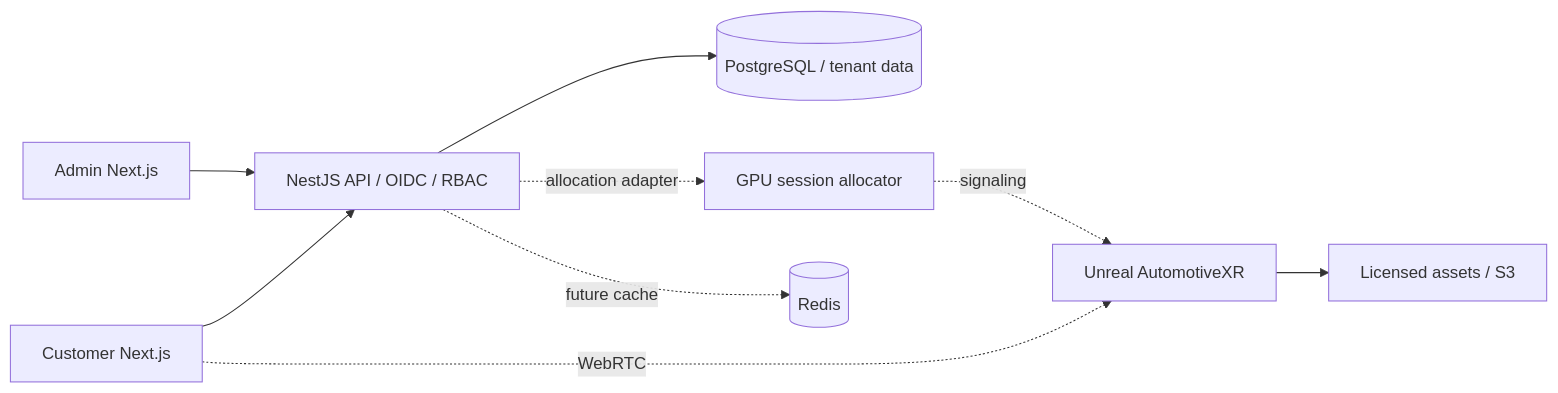
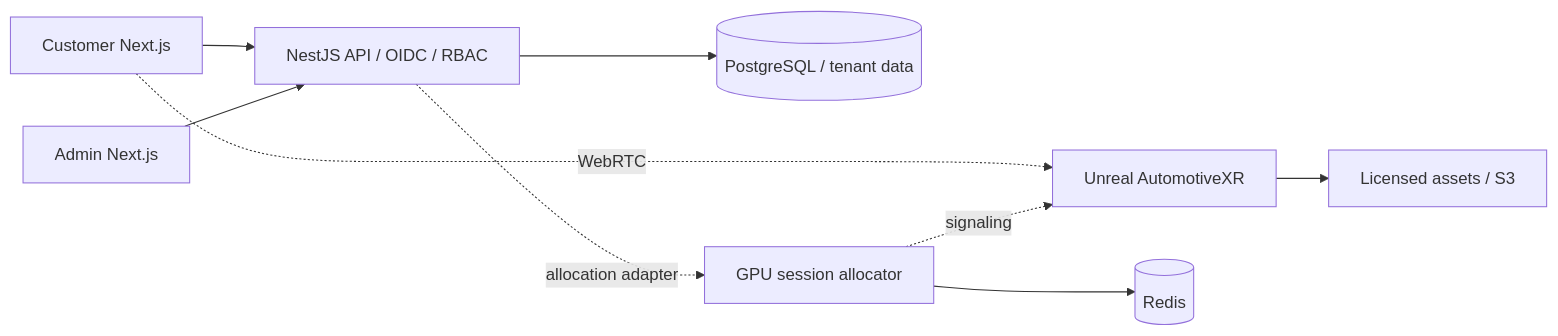
One commit to ARNAB2203/Automotive-XR changed the diagram in docs/architecture.md. Above: the diagram before and after it, drawn with Mermaid. The commit also changed other lines of this file and 17 other files, not shown here.

````diff
--- a/docs/architecture.md
+++ b/docs/architecture.md
@@ -7,11 +7,11 @@
 ```mermaid
 flowchart LR
  Customer[Customer Next.js] --> API[NestJS API / OIDC / RBAC]
  Admin[Admin Next.js] --> API
  API --> DB[(PostgreSQL / tenant data)]
  API -. allocation adapter .-> Allocator[GPU session allocator]
  Customer -. WebRTC .-> UE[Unreal AutomotiveXR]
  Allocator -. signaling .-> UE
- API -. future cache .-> Redis[(Redis)]
+ Allocator --> Redis[(Redis)]
  UE --> Assets[Licensed assets / S3]
 ```
````
